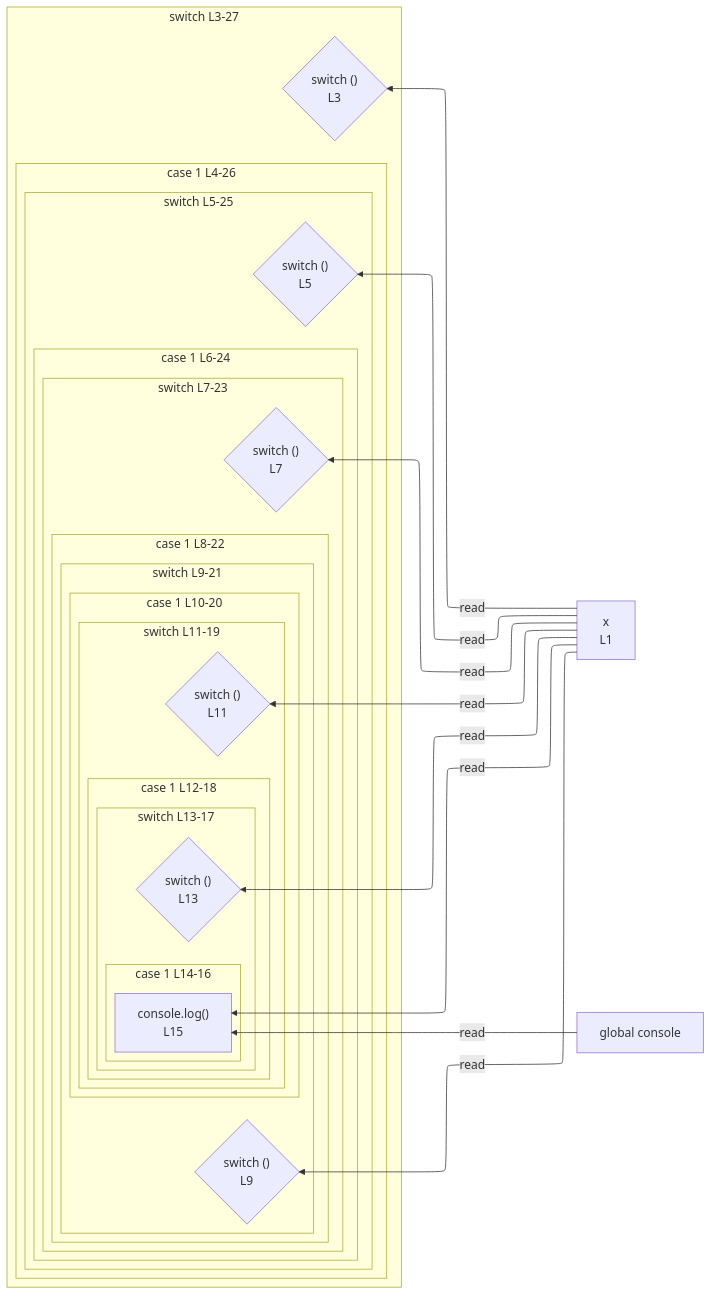
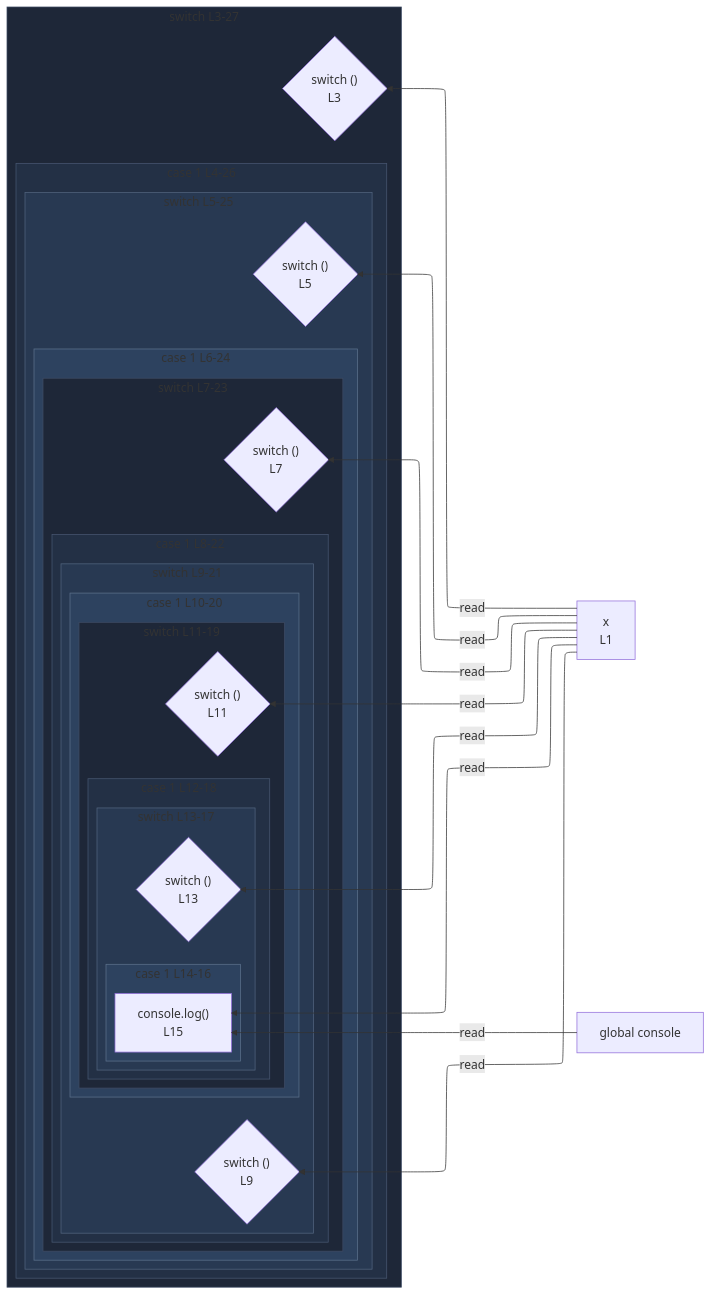
Before and after one commit to crescware/unsnarl: the diagram in integration/fixtures/app-behavior/depth/switch/depth-6/preview.md, drawn with Mermaid. The commit also changed 249 other files, not shown here.

First line of the commit message:
Color Mermaid subgraphs by nesting depth via theme palette

````diff
--- a/integration/fixtures/app-behavior/depth/switch/depth-6/preview.md
+++ b/integration/fixtures/app-behavior/depth/switch/depth-6/preview.md
@@ -43,57 +43,73 @@
 ```mermaid
 %%{init: {"flowchart": {"defaultRenderer": "elk"}}}%%
 flowchart RL
   n_scope_0_x_6["x<br/>L1"]
   n_scope_0_console_296["global console"]
   subgraph s_scope_1["switch L3-27"]
     direction RL
     switch_discriminant_scope_0_14{"switch ()<br/>L3"}
     subgraph s_scope_2["case 1 L4-26"]
       direction RL
       subgraph s_scope_3["switch L5-25"]
         direction RL
         switch_discriminant_scope_2_41{"switch ()<br/>L5"}
         subgraph s_scope_4["case 1 L6-24"]
           direction RL
           subgraph s_scope_5["switch L7-23"]
             direction RL
             switch_discriminant_scope_4_76{"switch ()<br/>L7"}
             subgraph s_scope_6["case 1 L8-22"]
               direction RL
               subgraph s_scope_7["switch L9-21"]
                 direction RL
                 switch_discriminant_scope_6_119{"switch ()<br/>L9"}
                 subgraph s_scope_8["case 1 L10-20"]
                   direction RL
                   subgraph s_scope_9["switch L11-19"]
                     direction RL
                     switch_discriminant_scope_8_170{"switch ()<br/>L11"}
                     subgraph s_scope_10["case 1 L12-18"]
                       direction RL
                       subgraph s_scope_11["switch L13-17"]
                         direction RL
                         switch_discriminant_scope_10_229{"switch ()<br/>L13"}
                         subgraph s_scope_12["case 1 L14-16"]
                           direction RL
                           expr_stmt_296["console.log()<br/>L15"]
                         end
                       end
                     end
                   end
                 end
               end
             end
           end
         end
       end
     end
   end
   n_scope_0_x_6 -->|read| switch_discriminant_scope_0_14
   n_scope_0_x_6 -->|read| switch_discriminant_scope_2_41
   n_scope_0_x_6 -->|read| switch_discriminant_scope_4_76
   n_scope_0_x_6 -->|read| switch_discriminant_scope_6_119
   n_scope_0_x_6 -->|read| switch_discriminant_scope_8_170
   n_scope_0_x_6 -->|read| switch_discriminant_scope_10_229
   n_scope_0_console_296 -->|read| expr_stmt_296
   n_scope_0_x_6 -->|read| expr_stmt_296
+  classDef nestL1 fill:#1e2738,stroke:#3d4a63;
+  class s_scope_1 nestL1;
+  class s_scope_5 nestL1;
+  class s_scope_9 nestL1;
+  classDef nestL2 fill:#233045,stroke:#475670;
+  class s_scope_2 nestL2;
+  class s_scope_6 nestL2;
+  class s_scope_10 nestL2;
+  classDef nestL3 fill:#283952,stroke:#51637d;
+  class s_scope_3 nestL3;
+  class s_scope_7 nestL3;
+  class s_scope_11 nestL3;
+  classDef nestL4 fill:#2d425f,stroke:#5b708a;
+  class s_scope_4 nestL4;
+  class s_scope_8 nestL4;
+  class s_scope_12 nestL4;
 ```
````
